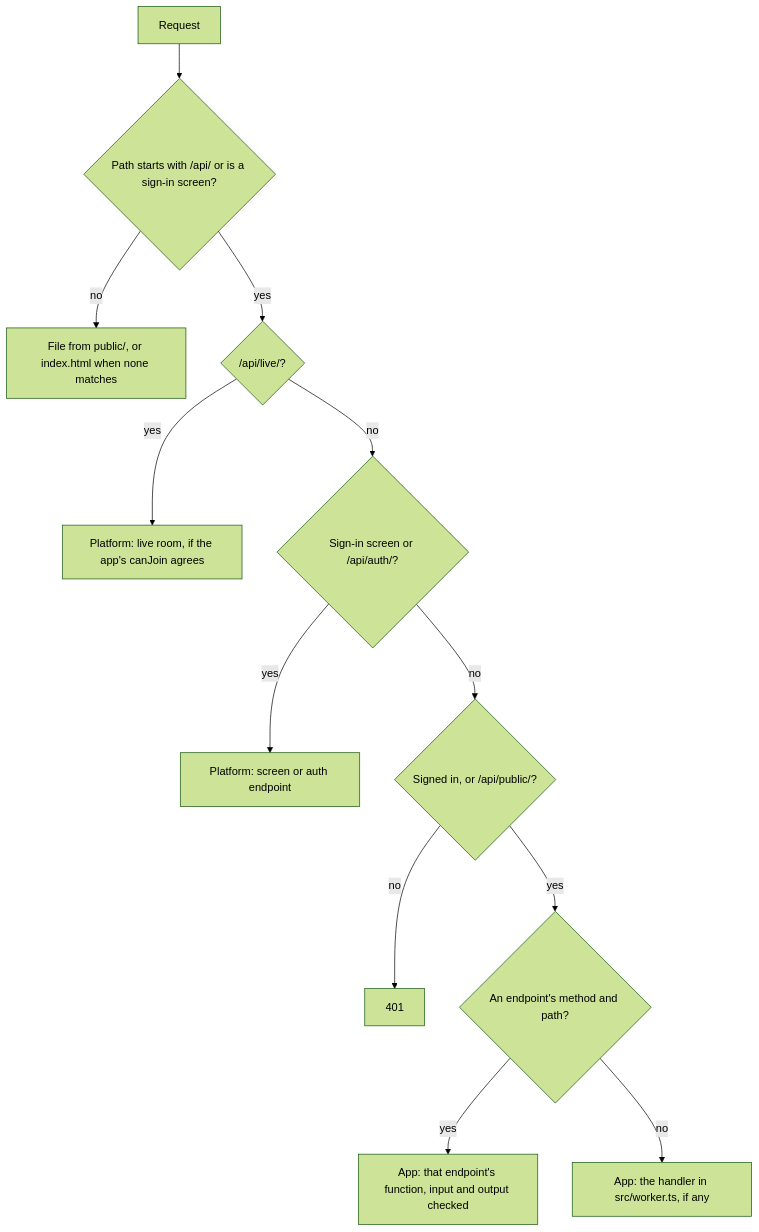
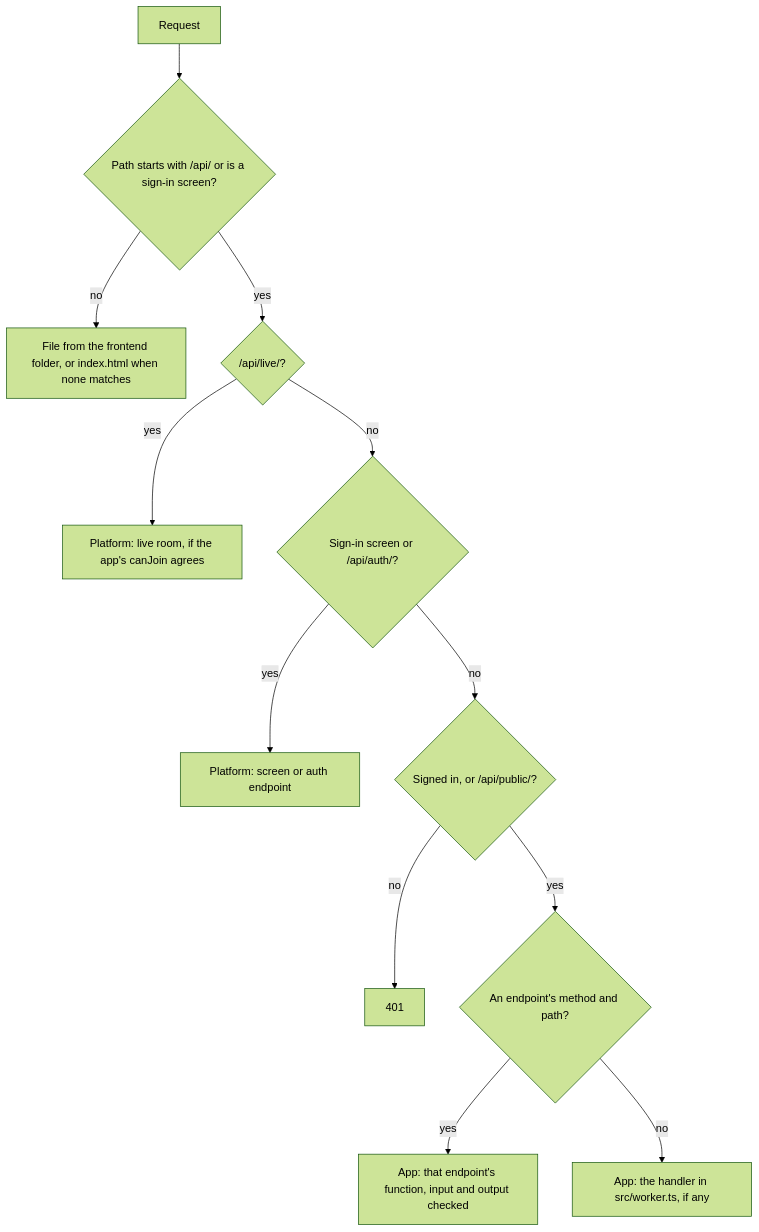
Before and after one commit to celsoft-com/platform: the first of 2 diagrams in docs/how-it-works.md, drawn with Mermaid (forest theme). The commit also changed other lines of this file and 13 other files, not shown here.

````diff
--- a/docs/how-it-works.md
+++ b/docs/how-it-works.md
@@ -44,14 +44,14 @@
 ```mermaid
 flowchart TD
   R[Request] --> A{Path starts with /api/ or is a sign-in screen?}
-  A -- no --> S[File from public/, or index.html when none matches]
+  A -- no --> S[File from the frontend folder, or index.html when none matches]
   A -- yes --> L{/api/live/?}
   L -- yes --> LR[Platform: live room, if the app's canJoin agrees]
   L -- no --> P{Sign-in screen or /api/auth/?}
   P -- yes --> PA[Platform: screen or auth endpoint]
   P -- no --> G{Signed in, or /api/public/?}
   G -- no --> X[401]
   G -- yes --> E{An endpoint's method and path?}
   E -- yes --> EP[App: that endpoint's function, input and output checked]
   E -- no --> H[App: the handler in src/worker.ts, if any]
 ```
````
